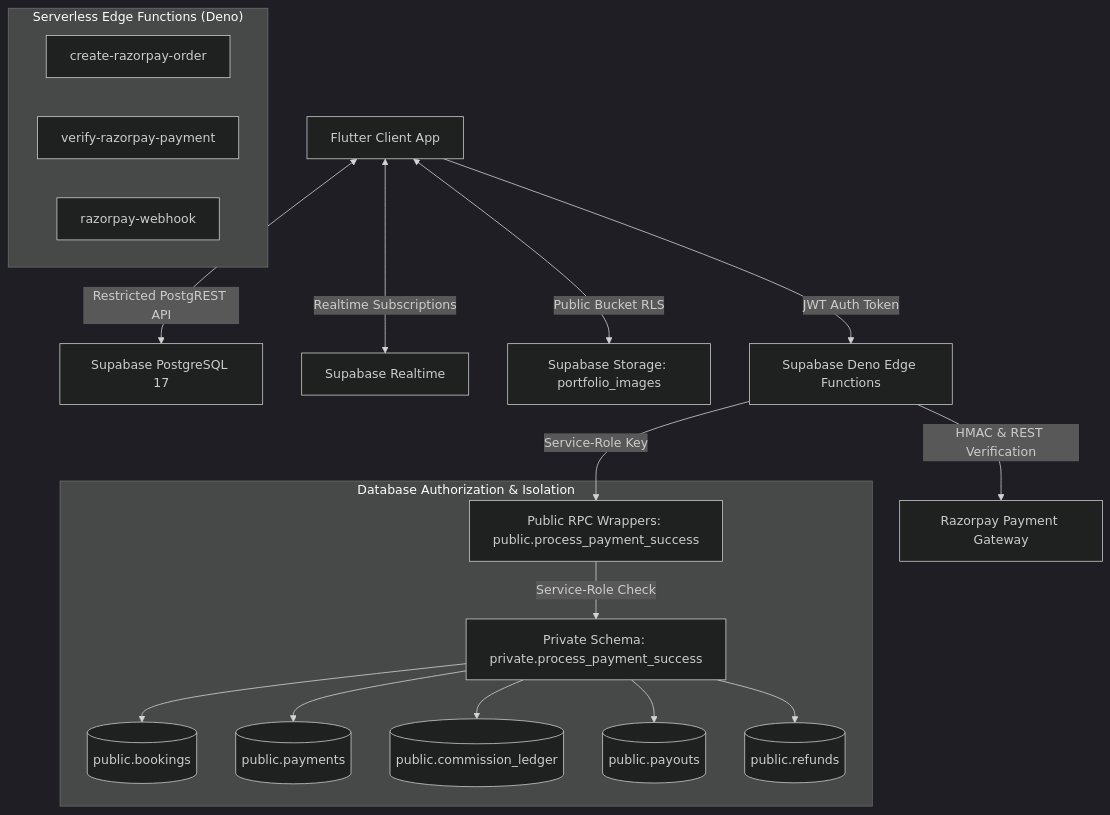
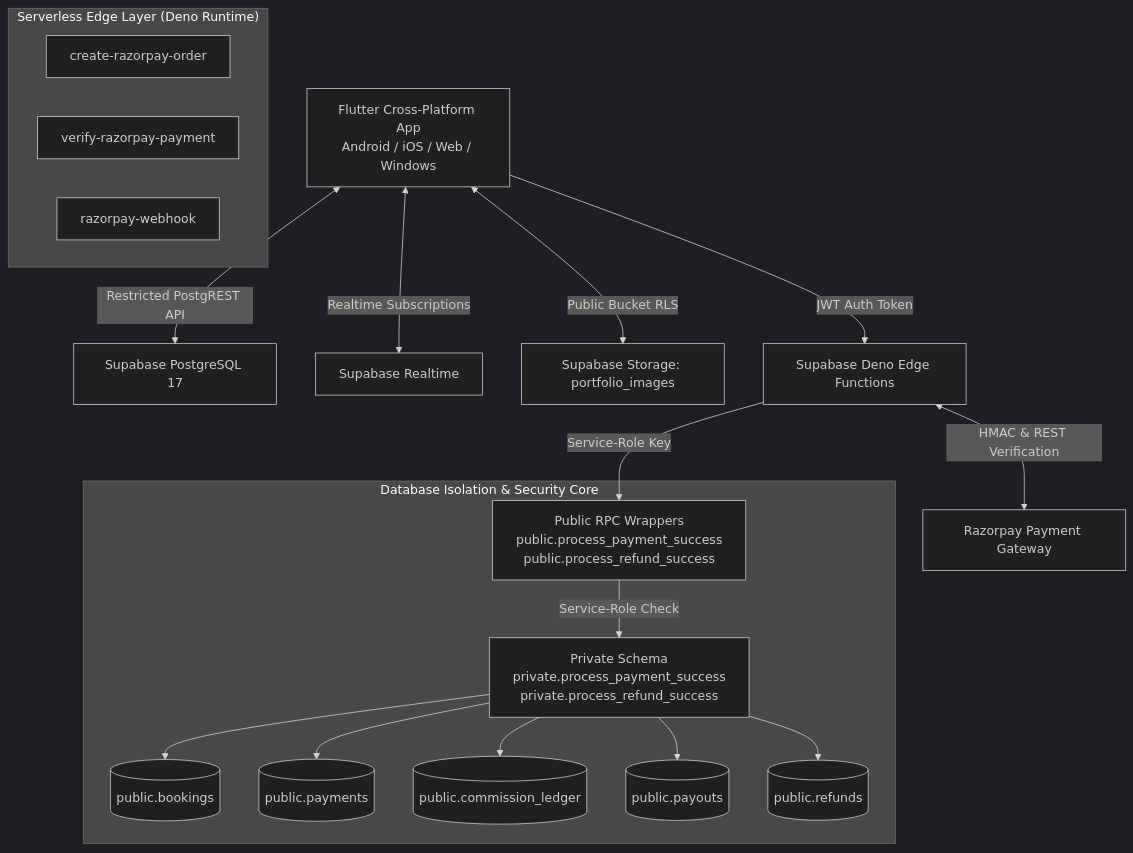
The first of 2 diagrams in README.md (Aravindan-001/PYP-NEXORA-CLIENT), drawn with Mermaid (dark theme) before and after one commit. The commit also changed other lines of this file and 7 other files, not shown here.

````diff
--- a/README.md
+++ b/README.md
@@ -44,26 +54,26 @@
 ```mermaid
 graph TD
-    ClientApp[Flutter Client App] <-->|Restricted PostgREST API| SupabaseData[Supabase PostgreSQL 17]
+    ClientApp[Flutter Cross-Platform App<br/>Android / iOS / Web / Windows] <-->|Restricted PostgREST API| SupabaseData[Supabase PostgreSQL 17]
     ClientApp <-->|Realtime Subscriptions| SupabaseRealtime[Supabase Realtime]
     ClientApp <-->|Public Bucket RLS| SupabaseStorage[Supabase Storage: portfolio_images]
 
     ClientApp -->|JWT Auth Token| EdgeFunctions[Supabase Deno Edge Functions]
 
-    subgraph "Serverless Edge Functions (Deno)"
+    subgraph "Serverless Edge Layer (Deno Runtime)"
         EF1[create-razorpay-order]
         EF2[verify-razorpay-payment]
         EF3[razorpay-webhook]
     end
 
-    EdgeFunctions -->|HMAC & REST Verification| RazorpayAPI[Razorpay Payment Gateway]
-    EdgeFunctions -->|Service-Role Key| PublicWrappers[Public RPC Wrappers: public.process_payment_success]
+    EdgeFunctions <-->|HMAC & REST Verification| RazorpayGateway[Razorpay Payment Gateway]
+    EdgeFunctions -->|Service-Role Key| PublicWrappers[Public RPC Wrappers<br/>public.process_payment_success<br/>public.process_refund_success]
 
-    subgraph "Database Authorization & Isolation"
-        PublicWrappers -->|Service-Role Check| PrivateSchema[Private Schema: private.process_payment_success]
+    subgraph "Database Isolation & Security Core"
+        PublicWrappers -->|Service-Role Check| PrivateSchema[Private Schema<br/>private.process_payment_success<br/>private.process_refund_success]
         PrivateSchema --> BookingsTable[(public.bookings)]
         PrivateSchema --> PaymentsTable[(public.payments)]
         PrivateSchema --> LedgerTable[(public.commission_ledger)]
         PrivateSchema --> PayoutsTable[(public.payouts)]
         PrivateSchema --> RefundsTable[(public.refunds)]
     end
 ```
````
